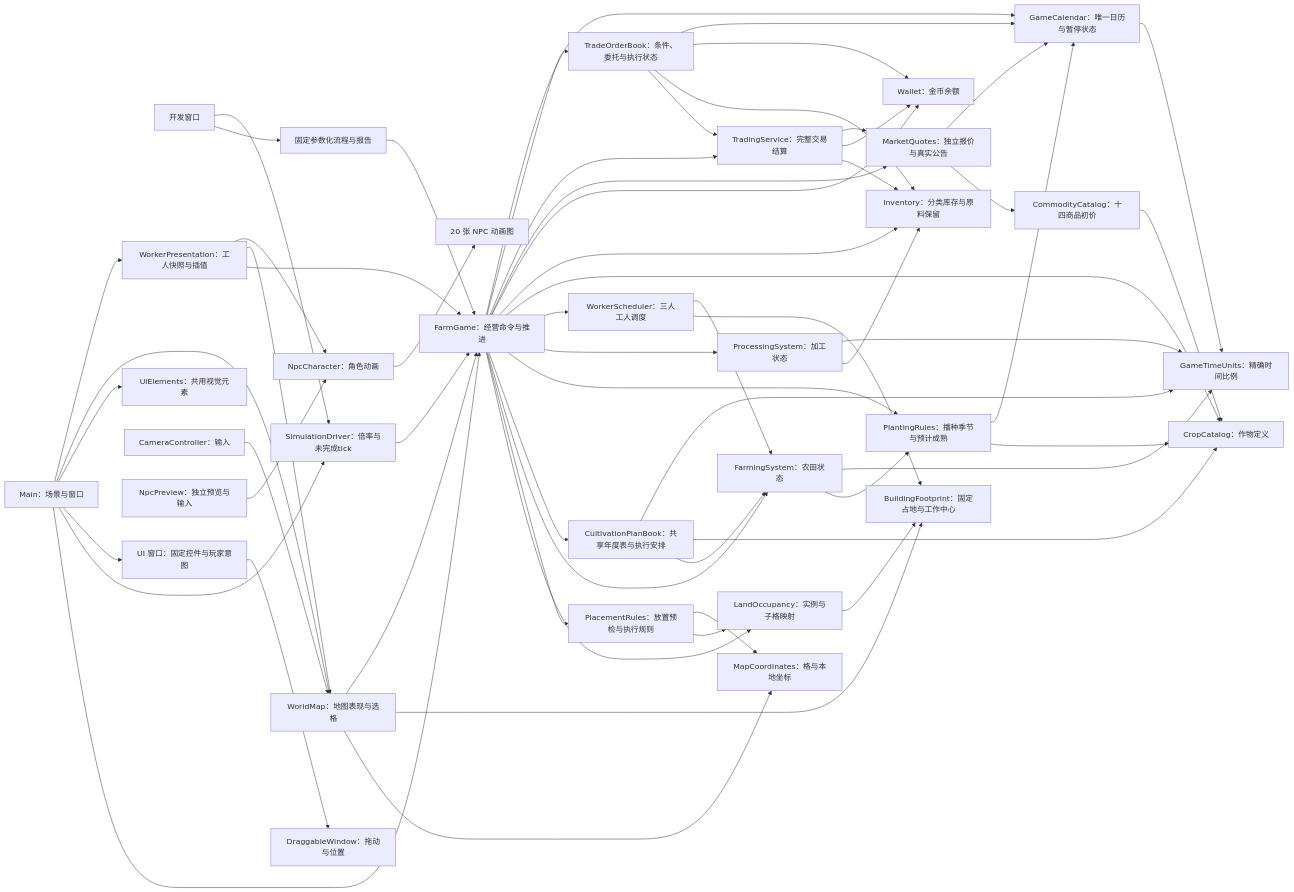
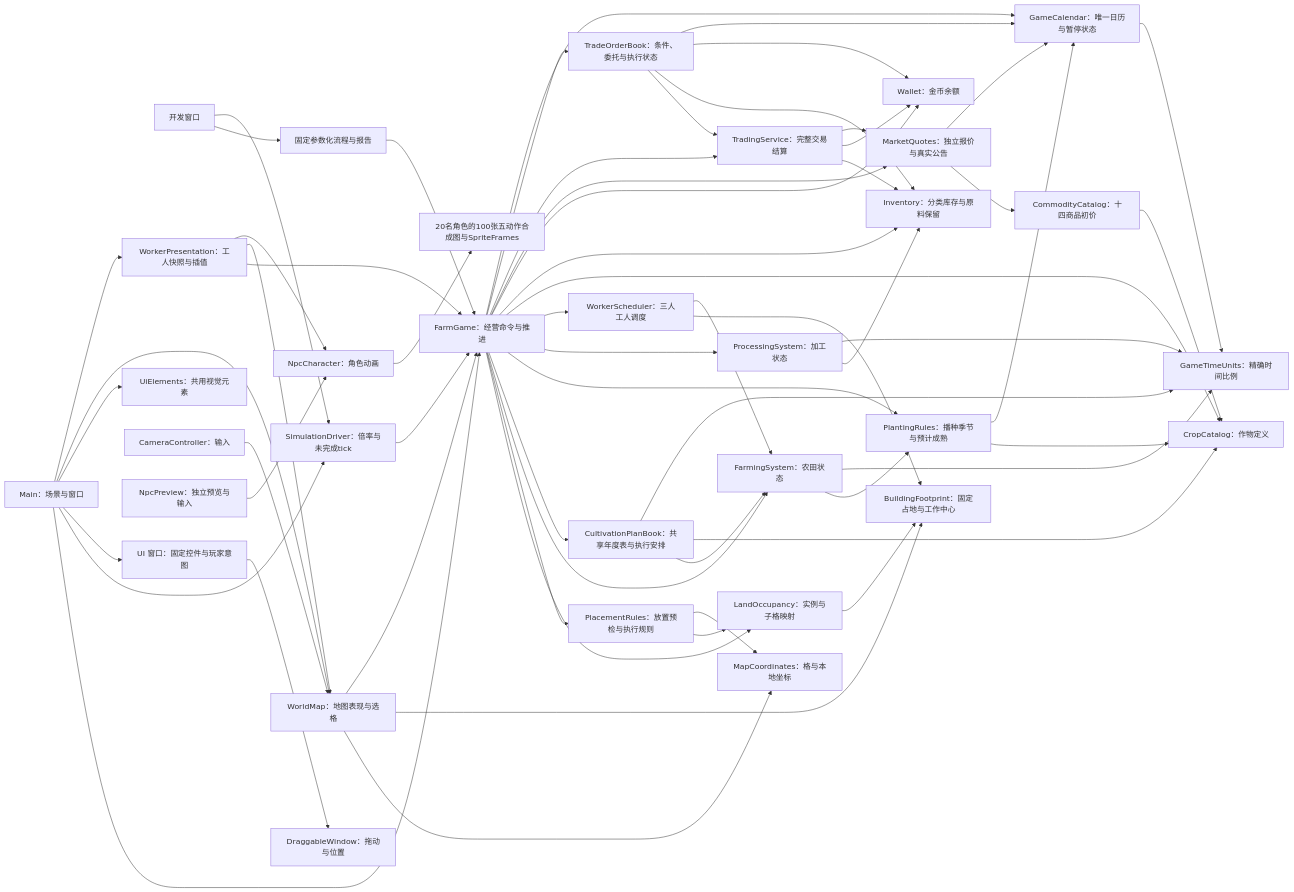
Before and after one commit to Fotally/Farm-Exchange: the diagram in docs/architecture/implementation-system-organization.md, drawn with Mermaid. The commit also changed other lines of this file and 272 other files, not shown here.

````diff
--- a/docs/architecture/implementation-system-organization.md
+++ b/docs/architecture/implementation-system-organization.md
@@ -5,62 +5,62 @@
 ```mermaid
 flowchart LR
     Main[Main：场景与窗口] --> FarmGame[FarmGame：经营命令与推进]
     Main --> Driver[SimulationDriver：倍率与未完成tick]
     Driver --> FarmGame
     DeveloperWindow[开发窗口] --> Scenario[固定参数化流程与报告]
     Scenario --> FarmGame
     DeveloperWindow --> Driver
     Main --> UiWindows[UI 窗口：固定控件与玩家意图]
     UiWindows --> DragWindow[DraggableWindow：拖动与位置]
     Main --> UiStyle[UiElements：共用视觉元素]
     Main --> WorldMap[WorldMap：地图表现与选格]
     Main --> WorkerPresentation[WorkerPresentation：工人快照与插值]
     WorkerPresentation --> FarmGame
     WorkerPresentation --> WorldMap
     WorkerPresentation --> NpcCharacter[NpcCharacter：角色动画]
     Camera[CameraController：输入] --> WorldMap
     WorldMap --> MapCoordinates[MapCoordinates：格与本地坐标]
     WorldMap --> Footprint
     WorldMap --> FarmGame
     FarmGame --> LandOccupancy[LandOccupancy：实例与子格映射]
     LandOccupancy --> Footprint[BuildingFootprint：固定占地与工作中心]
     WorkerScheduler --> Footprint
     FarmGame --> PlacementRules[PlacementRules：放置预检与执行规则]
     PlacementRules --> LandOccupancy
     PlacementRules --> MapCoordinates
     FarmGame --> FarmingSystem[FarmingSystem：农田状态]
     FarmGame --> Cultivation[CultivationPlanBook：共享年度表与执行安排]
     Cultivation --> FarmingSystem
     Cultivation --> CropCatalog
     Cultivation --> GameTimeUnits
     FarmGame --> PlantingRules[PlantingRules：播种季节与预计成熟]
     FarmGame --> ProcessingSystem[ProcessingSystem：加工状态]
     FarmGame --> WorkerScheduler[WorkerScheduler：三人工人调度]
     WorkerScheduler --> FarmingSystem
     FarmingSystem --> PlantingRules
     PlantingRules --> CropCatalog
     PlantingRules --> GameCalendar
     FarmGame --> CropCatalog[CropCatalog：作物定义]
     FarmGame --> Inventory[Inventory：分类库存与原料保留]
     ProcessingSystem --> Inventory
     FarmGame --> Wallet[Wallet：金币余额]
     FarmGame --> Market[MarketQuotes：独立报价与真实公告]
     FarmGame --> Trading[TradingService：完整交易结算]
     Trading --> Inventory
     Trading --> Wallet
     Trading --> Market
     FarmGame --> Orders[TradeOrderBook：条件、委托与执行状态]
     Orders --> Trading
     Orders --> Inventory
     Orders --> Wallet
     Orders --> GameCalendar
     Market --> CommodityCatalog[CommodityCatalog：十四商品初价]
     CommodityCatalog --> CropCatalog
     Market --> GameCalendar
     FarmGame --> GameCalendar[GameCalendar：唯一日历与暂停状态]
     FarmingSystem --> GameTimeUnits[GameTimeUnits：精确时间比例]
     ProcessingSystem --> GameTimeUnits
     GameCalendar --> GameTimeUnits
     NpcPreview[NpcPreview：独立预览与输入] --> NpcCharacter
-    NpcCharacter --> NpcSheets[20 张 NPC 动画图]
+    NpcCharacter --> NpcSheets[20名角色的100张五动作合成图与SpriteFrames]
 ```
````
